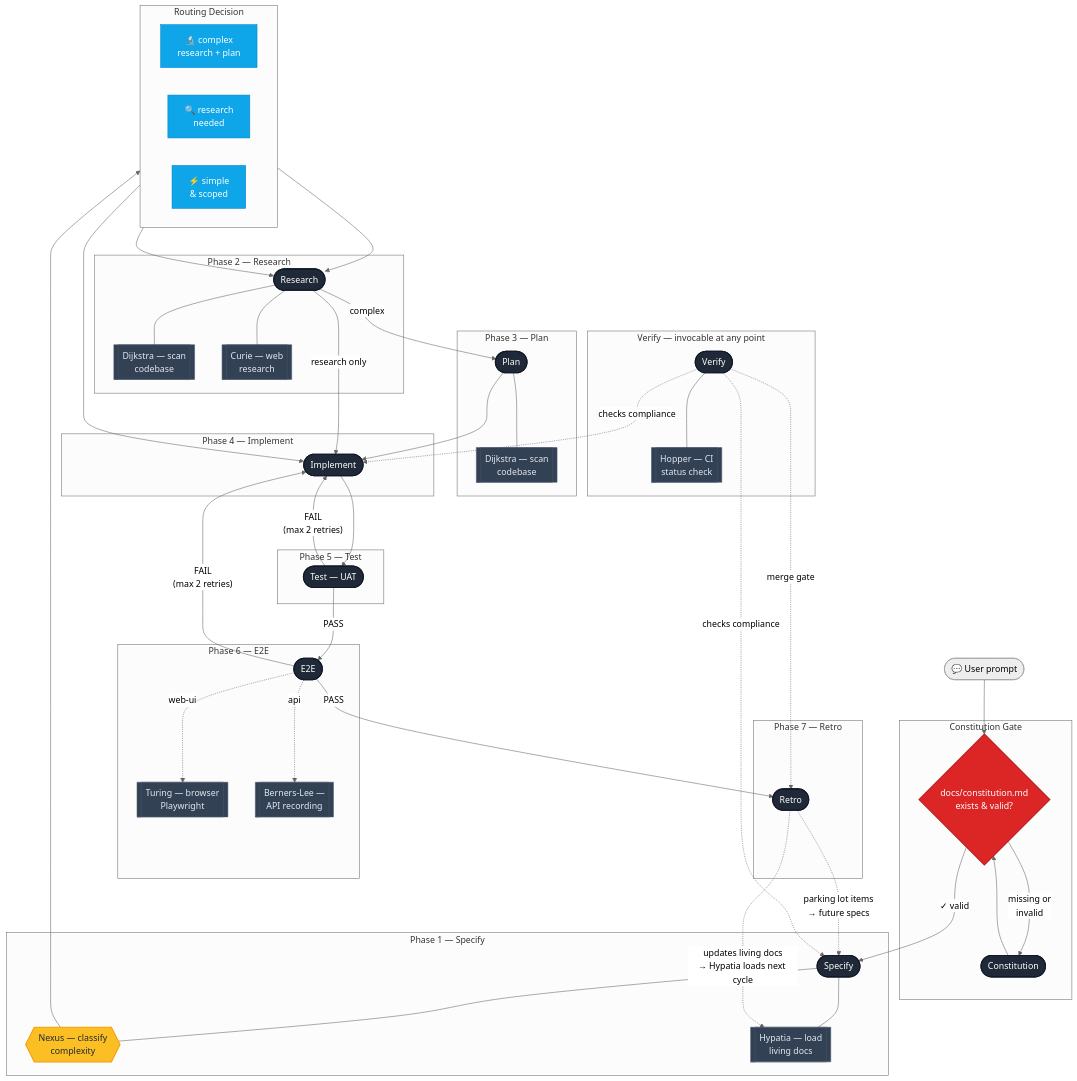
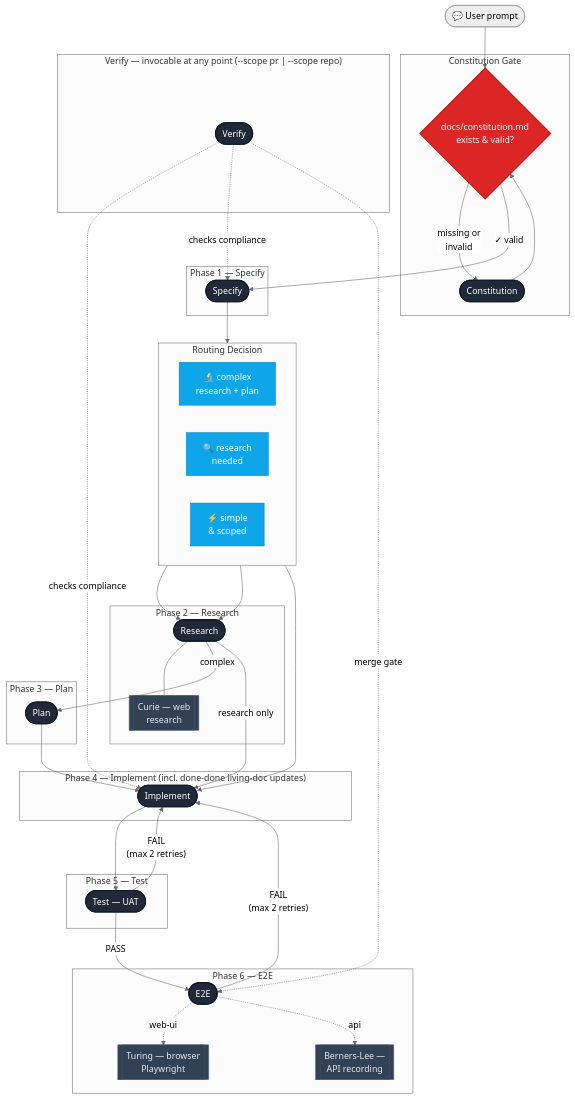
One commit to ranvirsingh/speckit changed the first of 4 diagrams in README.md. Above: the diagram before and after it, drawn with Mermaid (neutral theme). The commit also changed other lines of this file and 39 other files, not shown here.

```diff
--- a/README.md
+++ b/README.md
@@ -35,10 +35,6 @@
 
   subgraph SPECIFY ["Phase 1 — Specify"]
     S([Specify])
-    NX{{Nexus — classify<br/>complexity}}
-    HY[[Hypatia — load<br/>living docs]]
-    S --- HY
-    S --- NX
   end
 
   subgraph ROUTE ["Routing Decision"]
@@ -48,20 +44,16 @@
     R3["⚡ simple<br/>& scoped"]
   end
 
-  NX --> ROUTE
+  S --> ROUTE
 
   subgraph RESEARCH ["Phase 2 — Research"]
     RE([Research])
-    DJ[[Dijkstra — scan<br/>codebase]]
     CU[[Curie — web<br/>research]]
-    RE --- DJ
     RE --- CU
   end
 
   subgraph PLAN ["Phase 3 — Plan"]
     PL([Plan])
-    DJ2[[Dijkstra — scan<br/>codebase]]
-    PL --- DJ2
   end
 
   R1 --> RE
@@ -71,7 +63,7 @@
   RE -- "research only" --> I
   PL --> I
 
-  subgraph IMPLEMENT ["Phase 4 — Implement"]
+  subgraph IMPLEMENT ["Phase 4 — Implement (incl. done-done living-doc updates)"]
     I([Implement])
   end
 
@@ -87,27 +79,18 @@
     E -. "api" .-> BL
   end
 
-  subgraph RETRO ["Phase 7 — Retro"]
-    RET([Retro])
-  end
-
   I --> UAT
   UAT -- "FAIL<br/>(max 2 retries)" --> I
   UAT -- "PASS" --> E
   E -- "FAIL<br/>(max 2 retries)" --> I
-  E -- "PASS" --> RET
-  RET -. "updates living docs<br/>→ Hypatia loads next cycle" .-> HY
-  RET -. "parking lot items<br/>→ future specs" .-> S
 
-  subgraph VERIFY ["Verify — invocable at any point"]
+  subgraph VERIFY ["Verify — invocable at any point (--scope pr | --scope repo)"]
     V([Verify])
-    HOP[[Hopper — CI<br/>status check]]
-    V --- HOP
   end
 
   V -. "checks compliance" .-> I
   V -. "checks compliance" .-> S
-  V -. "merge gate" .-> RET
+  V -. "merge gate" .-> E
 
   classDef phase fill:#1f2937,color:#ffffff,stroke:#111827,stroke-width:2px;
   classDef sub fill:#334155,color:#e2e8f0,stroke:#475569,stroke-width:1px;
```
